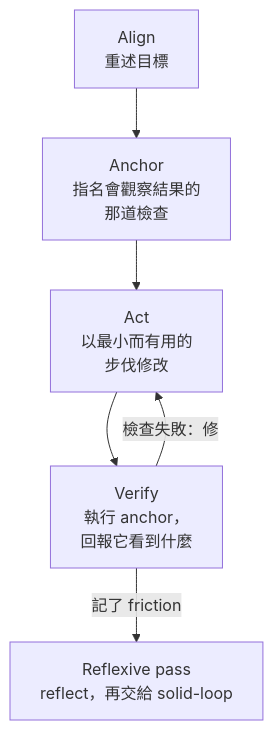
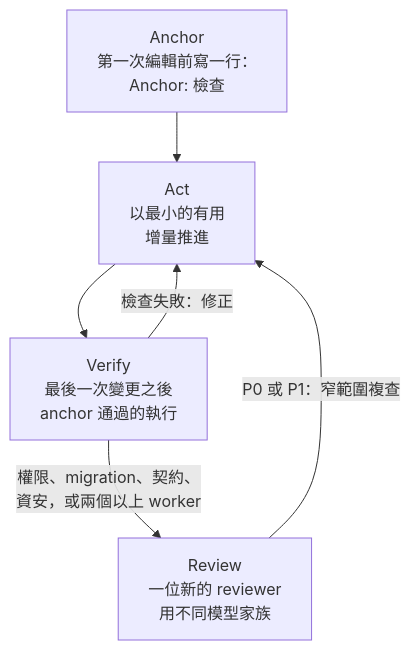
Before and after one commit to wayne930242/anchorloop: the diagram in site/src/content/docs/zh-tw/guide/concepts.md, drawn with Mermaid. The commit also changed other lines of this file and 250 other files, not shown here.

````diff
--- a/site/src/content/docs/zh-tw/guide/concepts.md
+++ b/site/src/content/docs/zh-tw/guide/concepts.md
@@ -16,8 +16,8 @@
 ```mermaid
 flowchart TD
-  align["Align<br/>重述目標"] --> anchor["Anchor<br/>指名會觀察結果的<br/>那道檢查"]
-  anchor --> act["Act<br/>以最小而有用的<br/>步伐修改"]
-  act --> verify["Verify<br/>執行 anchor，<br/>回報它看到什麼"]
-  verify -->|"檢查失敗：修"| act
-  verify -->|"記了 friction"| reflexive["Reflexive pass<br/>reflect，再交給 solid-loop"]
+  anchor["Anchor<br/>第一次編輯前寫一行：<br/>Anchor: 檢查"] --> act["Act<br/>以最小的有用<br/>增量推進"]
+  act --> verify["Verify<br/>最後一次變更之後<br/>anchor 通過的執行"]
+  verify -->|"檢查失敗：修正"| act
+  verify -->|"權限、migration、契約、<br/>資安，或兩個以上 worker"| review["Review<br/>一位新的 reviewer<br/>用不同模型家族"]
+  review -->|"P0 或 P1：窄範圍複查"| act
 ```
````
